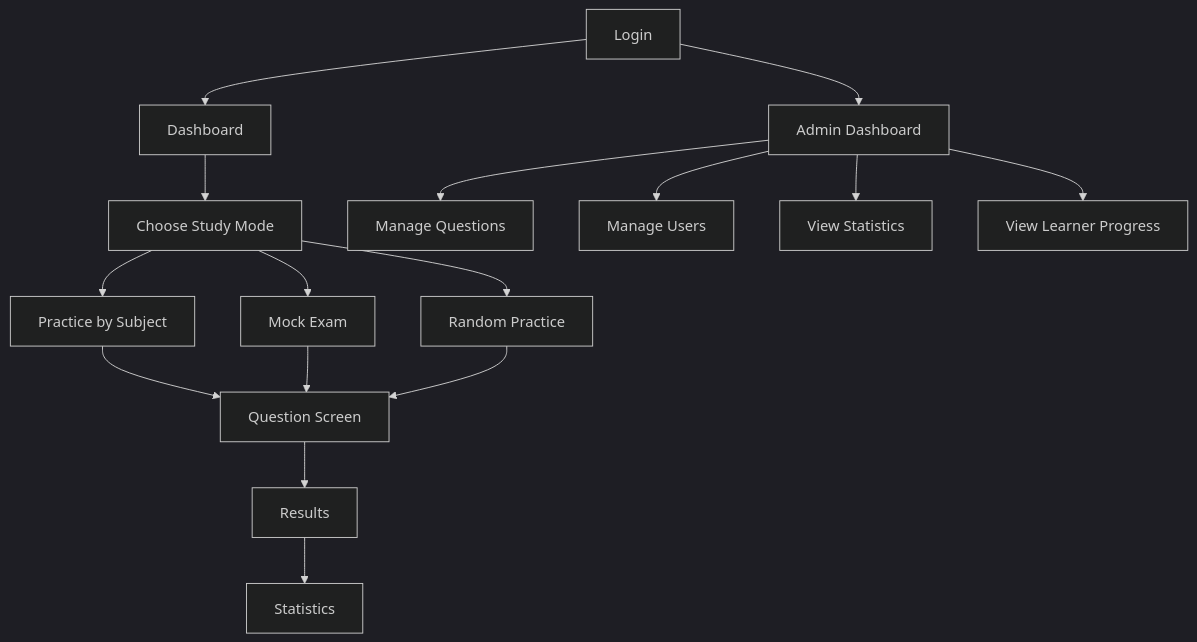
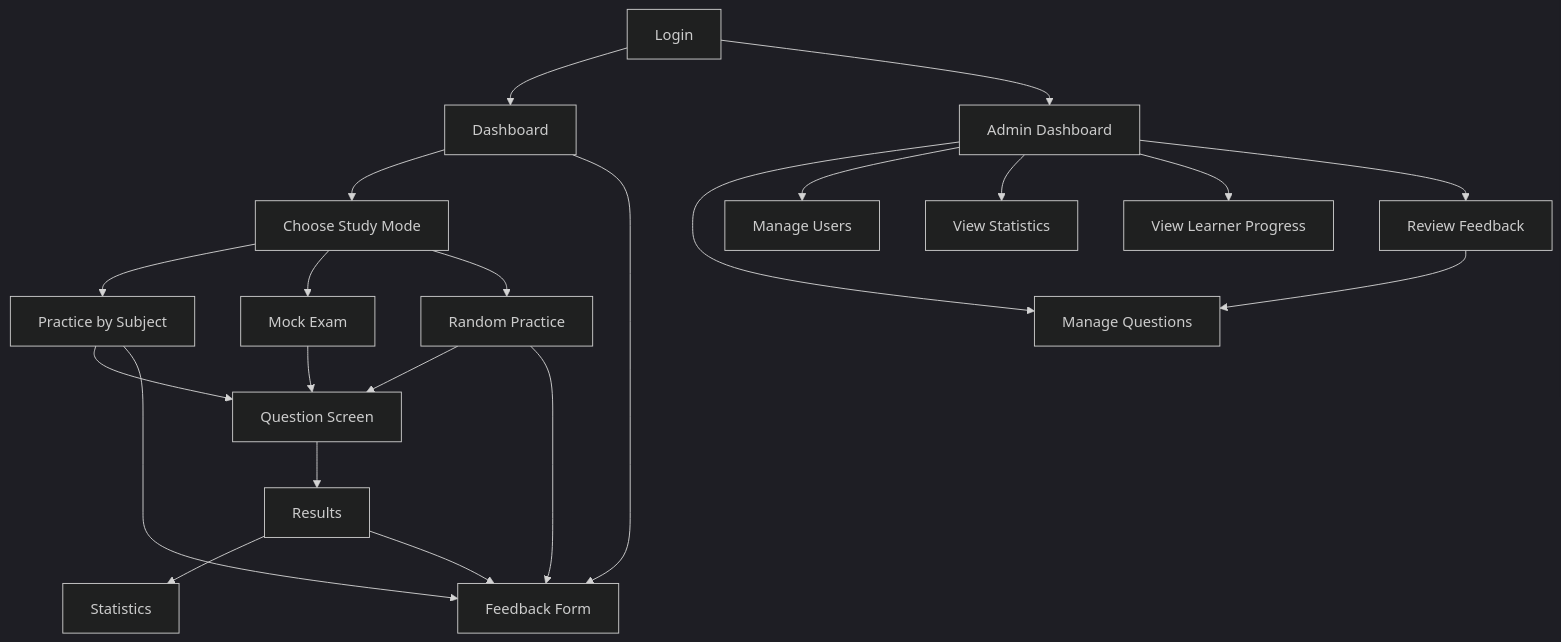
One commit to Hunter-Theory-Examination-Jagarexamen/hunter-exam-trainer changed the diagram in docs/Design/UI-Design.md. Above: the diagram before and after it, drawn with Mermaid (dark theme). The commit also changed 3 other files, not shown here.

First line of the commit message:
docs: feedback in the ER and class diagrams, UI flow and SRS (#140)

````diff
--- a/docs/Design/UI-Design.md
+++ b/docs/Design/UI-Design.md
@@ -3,32 +3,41 @@
 ```mermaid
 flowchart TD
 
     A[Login]
 
     A --> B[Dashboard]
 
     B --> C[Choose Study Mode]
 
     C --> D[Practice by Subject]
     C --> E[Mock Exam]
     C --> F[Random Practice]
 
     D --> G[Question Screen]
     E --> G
     F --> G
 
     G --> H[Results]
 
     H --> I[Statistics]
 
+    D --> P[Feedback Form]
+    F --> P
+    H --> P
+    B --> P
+
     A --> J[Admin Dashboard]
 
     J --> K[Manage Questions]
 
     J --> L[Manage Users]
 
     J --> M[View Statistics]
 
     J --> N[View Learner Progress]
 
+    J --> O[Review Feedback]
+
+    O --> K
+
 ```
````
